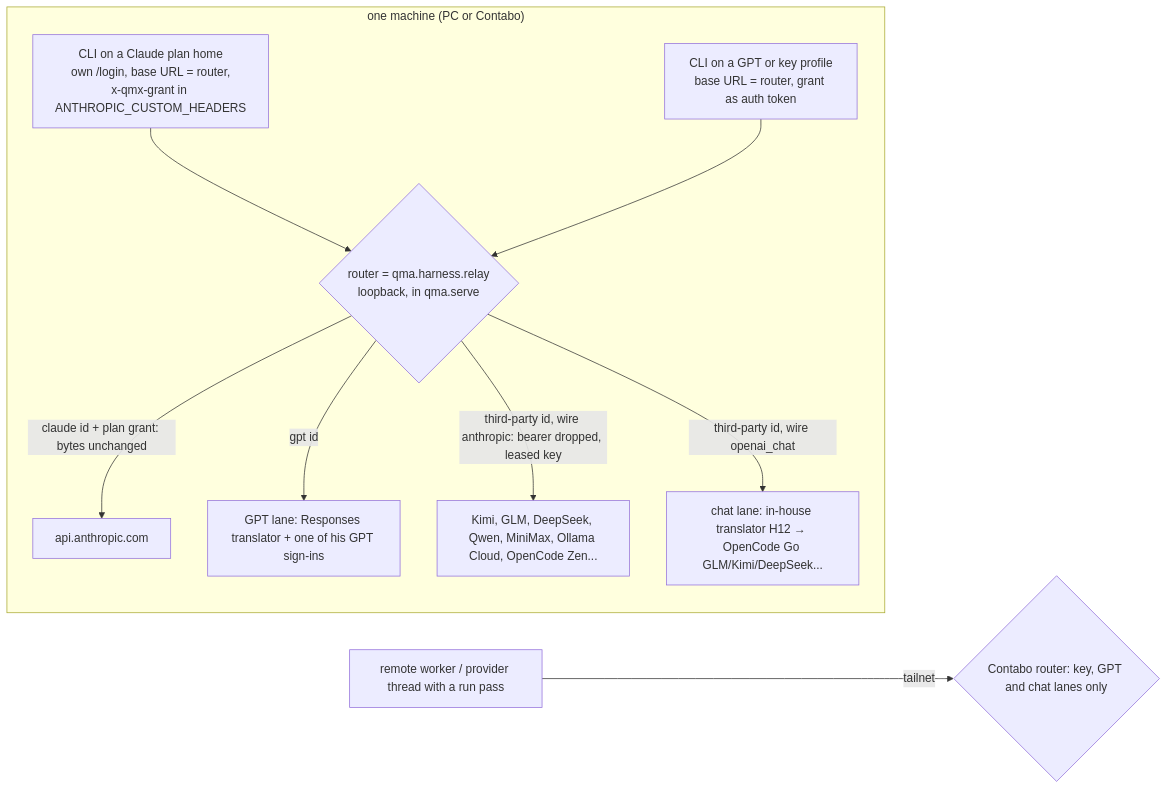
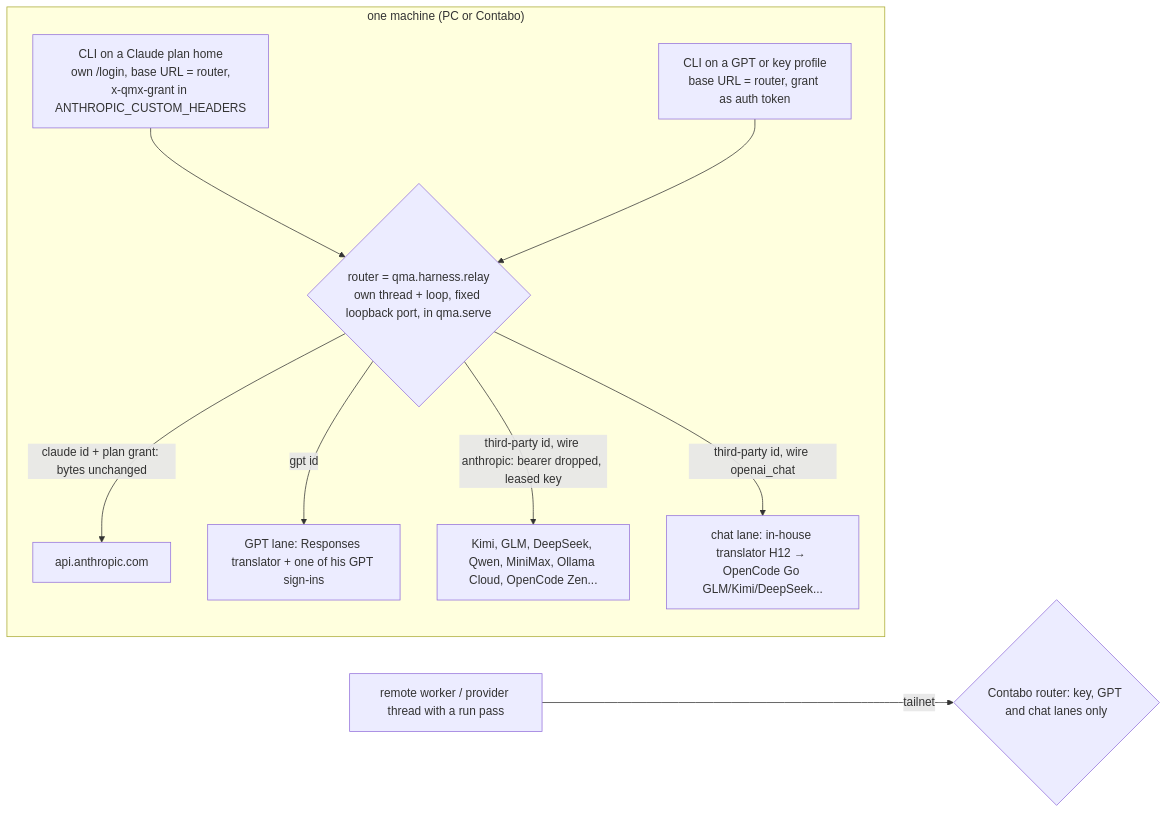
Before and after one commit to mubarakhimself-byte/QMX: diagram 12 of 14 in tracker/qma-v2/architecture/workflow-engine/SOLUTION-DESIGN.md, drawn with Mermaid. The commit also changed other lines of this file and 13 other files, not shown here.

````diff
--- a/tracker/qma-v2/architecture/workflow-engine/SOLUTION-DESIGN.md
+++ b/tracker/qma-v2/architecture/workflow-engine/SOLUTION-DESIGN.md
@@ -1184,15 +1195,15 @@
 ```mermaid
 flowchart LR
   subgraph HOST["one machine (PC or Contabo)"]
     CLI1[CLI on a Claude plan home<br/>own /login, base URL = router,<br/>x-qmx-grant in ANTHROPIC_CUSTOM_HEADERS]
     CLI2[CLI on a GPT or key profile<br/>base URL = router, grant as auth token]
-    R{router = qma.harness.relay<br/>loopback, in qma.serve}
+    R{router = qma.harness.relay<br/>own thread + loop, fixed loopback port, in qma.serve}
     CLI1 --> R
     CLI2 --> R
     R -- "claude id + plan grant: bytes unchanged" --> ANT[api.anthropic.com]
     R -- "gpt id" --> GPT[GPT lane: Responses translator + one of his GPT sign-ins]
     R -- "third-party id, wire anthropic: bearer dropped, leased key" --> KEY[Kimi, GLM, DeepSeek, Qwen, MiniMax, Ollama Cloud, OpenCode Zen...]
     R -- "third-party id, wire openai_chat" --> CHAT[chat lane: in-house translator H12 → OpenCode Go GLM/Kimi/DeepSeek...]
   end
   W[remote worker / provider thread with a run pass] -- tailnet --> CR{Contabo router: key, GPT and chat lanes only}
 ```
````
